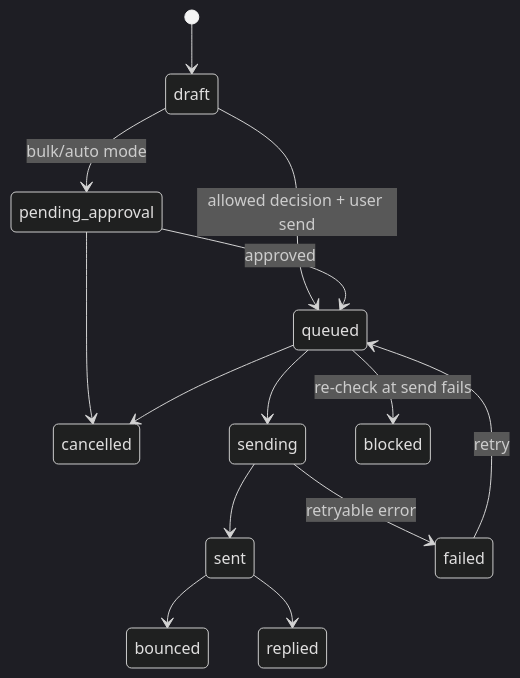
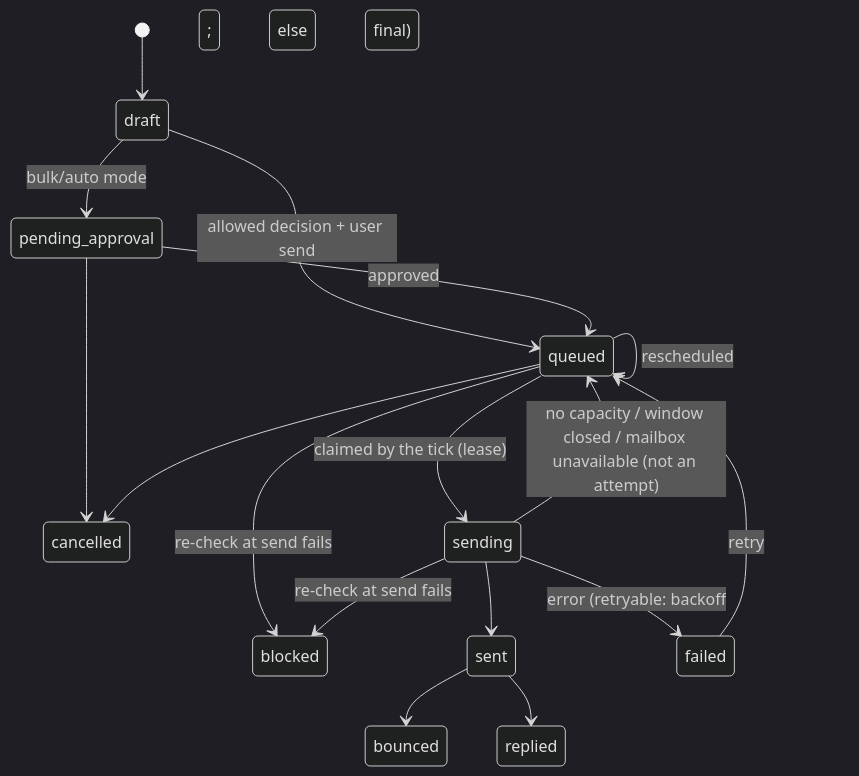
One commit to khanakhun/business-finder changed the fifth of 8 diagrams in docs/DOMAIN.md. Above: the diagram before and after it, drawn with Mermaid (dark theme). The commit also changed other lines of this file and 23 other files, not shown here.

````diff
--- a/docs/DOMAIN.md
+++ b/docs/DOMAIN.md
@@ -170,16 +170,19 @@
 ```mermaid
 stateDiagram-v2
   [*] --> draft
   draft --> pending_approval : bulk/auto mode
   draft --> queued : allowed decision + user send
   pending_approval --> queued : approved
   pending_approval --> cancelled
-  queued --> sending
+  queued --> queued : rescheduled
+  queued --> sending : claimed by the tick (lease)
   queued --> blocked : re-check at send fails
   queued --> cancelled
   sending --> sent
-  sending --> failed : retryable error
+  sending --> blocked : re-check at send fails
+  sending --> queued : no capacity / window closed / mailbox unavailable (not an attempt)
+  sending --> failed : error (retryable: backoff; else final)
   failed --> queued : retry
   sent --> bounced
   sent --> replied
 ```
````
